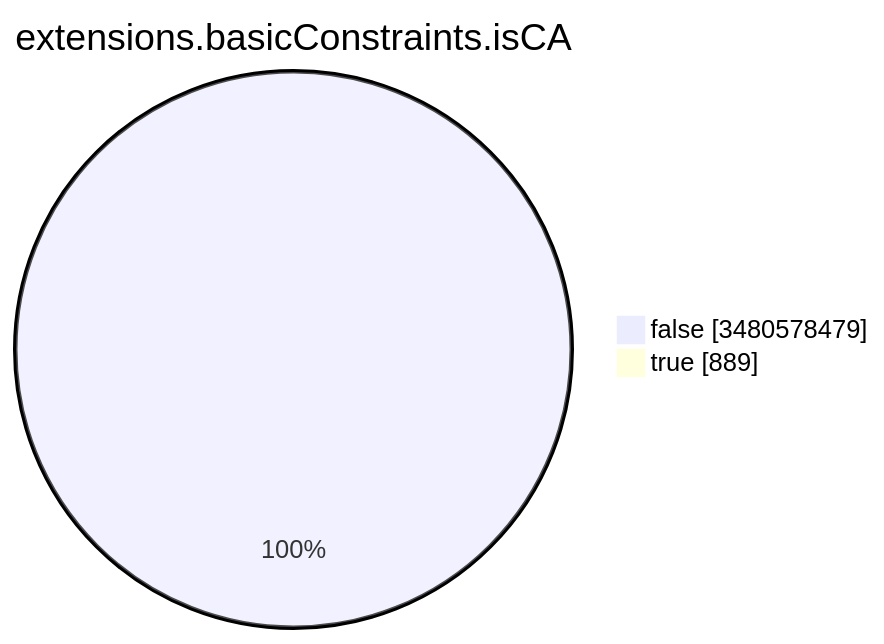
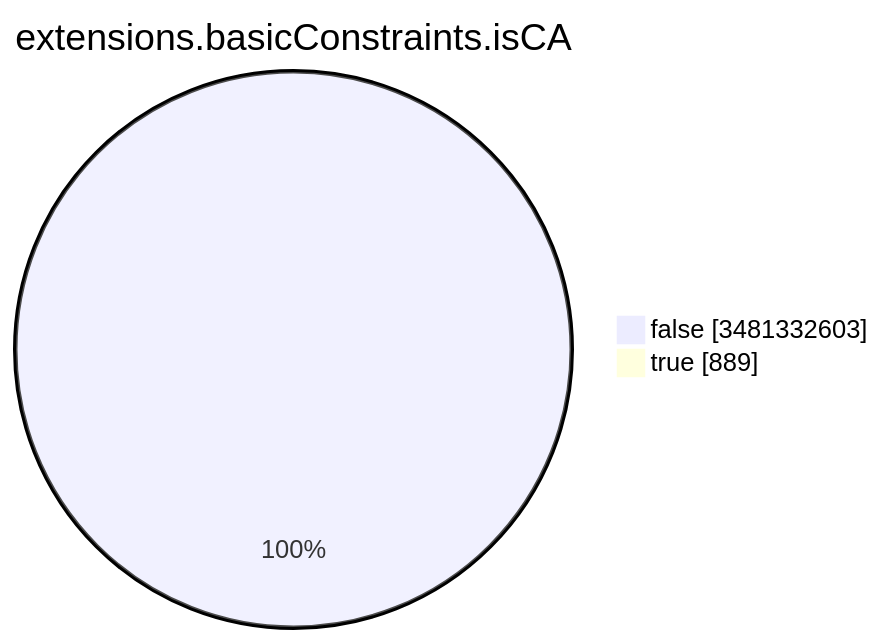
One commit to christiankrug/ctmonitor_visualization changed the seventh of 15 diagrams in TOTAL/README.md. Above: the diagram before and after it, drawn with Mermaid. The commit also changed other lines of this file, not shown here.

````diff
--- a/TOTAL/README.md
+++ b/TOTAL/README.md
@@ -3093,6 +3093,6 @@
 ```mermaid
 pie showData
 title extensions.basicConstraints.isCA
-"false" :3480578479
+"false" :3481332603
 "true" :889
 ```
````
